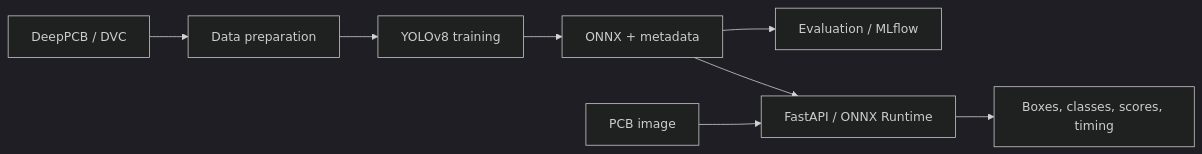
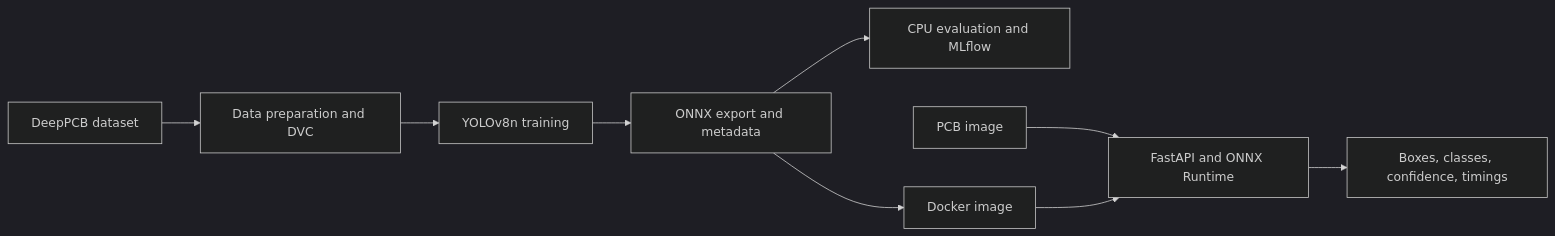
Before and after one commit to emrebyrktr/DeepPCB-Surface-Defect-Detection: the diagram in README.md, drawn with Mermaid (dark theme). The commit also changed other lines of this file, not shown here.

````diff
--- a/README.md
+++ b/README.md
@@ -34,10 +63,11 @@
 ```mermaid
 flowchart LR
-    A["DeepPCB / DVC"] --> B["Data preparation"]
-    B --> C["YOLOv8 training"]
-    C --> D["ONNX + metadata"]
-    D --> E["Evaluation / MLflow"]
-    D --> F["FastAPI / ONNX Runtime"]
-    H["PCB image"] --> F
-    F --> G["Boxes, classes, scores, timing"]
+    A[DeepPCB dataset] --> B[Data preparation and DVC]
+    B --> C[YOLOv8n training]
+    C --> D[ONNX export and metadata]
+    D --> E[CPU evaluation and MLflow]
+    D --> F[Docker image]
+    G[PCB image] --> H[FastAPI and ONNX Runtime]
+    F --> H
+    H --> I[Boxes, classes, confidence, timings]
 ```
````
